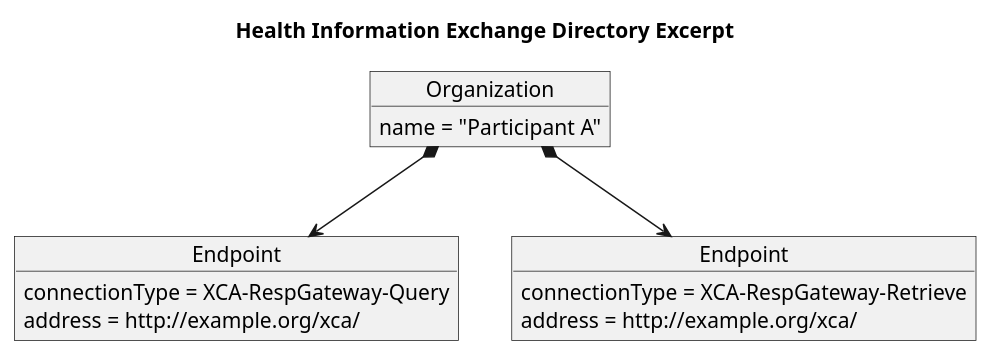
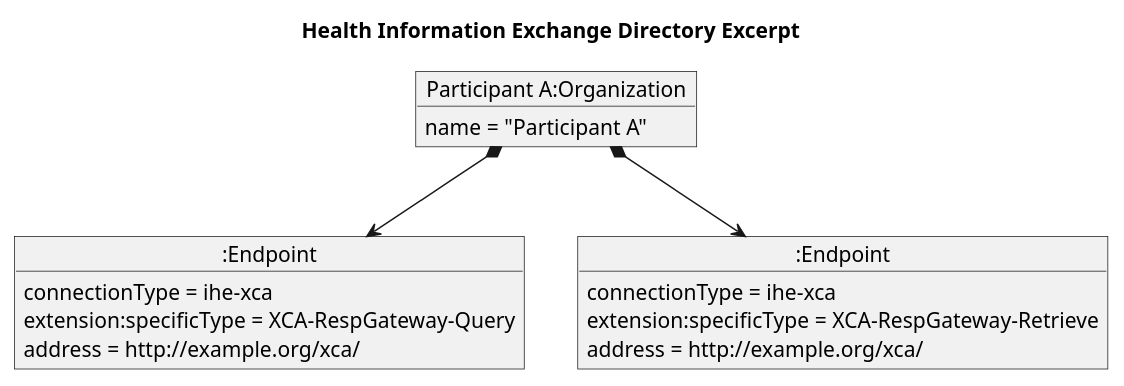
The diagram in input/images-source/usecase6-diagram.plantuml (IHE/ITI.mCSD), drawn with PlantUML before and after one commit.

```diff
--- a/input/images-source/usecase6-diagram.plantuml
+++ b/input/images-source/usecase6-diagram.plantuml
@@ -1,18 +1,20 @@
 @startuml
 hide footbox
 
 title Health Information Exchange Directory Excerpt
 
-object "Organization" as Organization
+object "Participant A:Organization" as Organization
 Organization : name = "Participant A"
-object "Endpoint" as Responder38
-Responder38 : connectionType = XCA-RespGateway-Query
+object ":Endpoint" as Responder38
+Responder38 : connectionType = ihe-xca
+Responder38 : extension:specificType = XCA-RespGateway-Query
 Responder38 : address = http://example.org/xca/
-object "Endpoint" as Responder39
-Responder39 : connectionType = XCA-RespGateway-Retrieve
+object ":Endpoint" as Responder39
+Responder39 : connectionType = ihe-xca
+Responder39 : extension:specificType = XCA-RespGateway-Retrieve
 Responder39 : address = http://example.org/xca/
 
 Organization *--> Responder38
 Organization *--> Responder39
 
 @enduml
```
